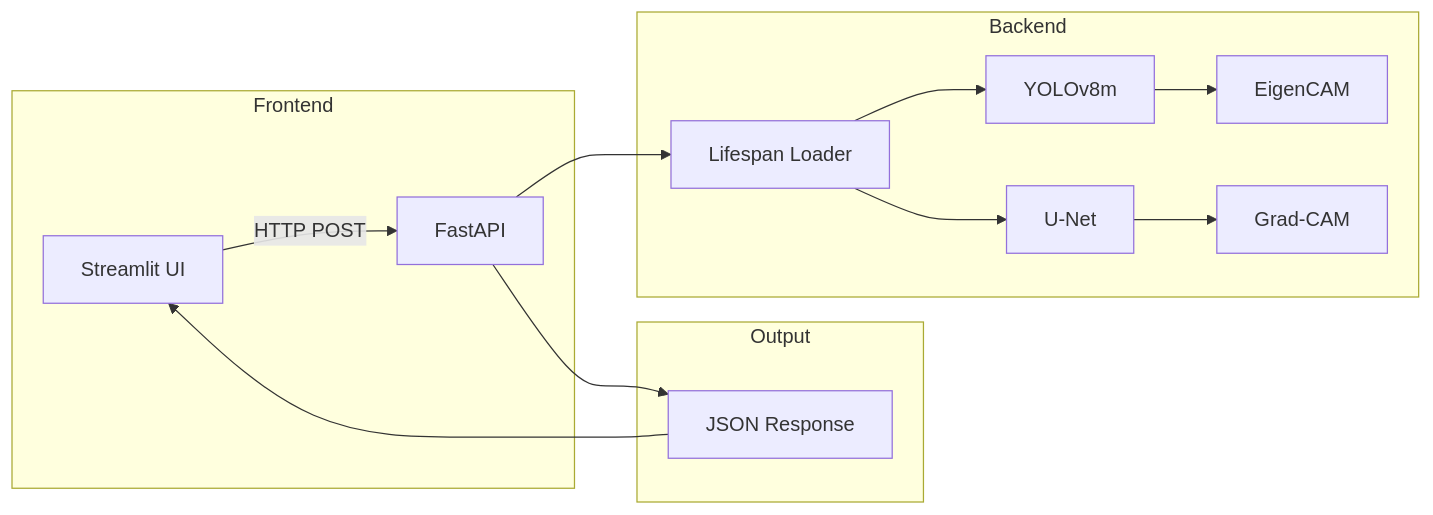
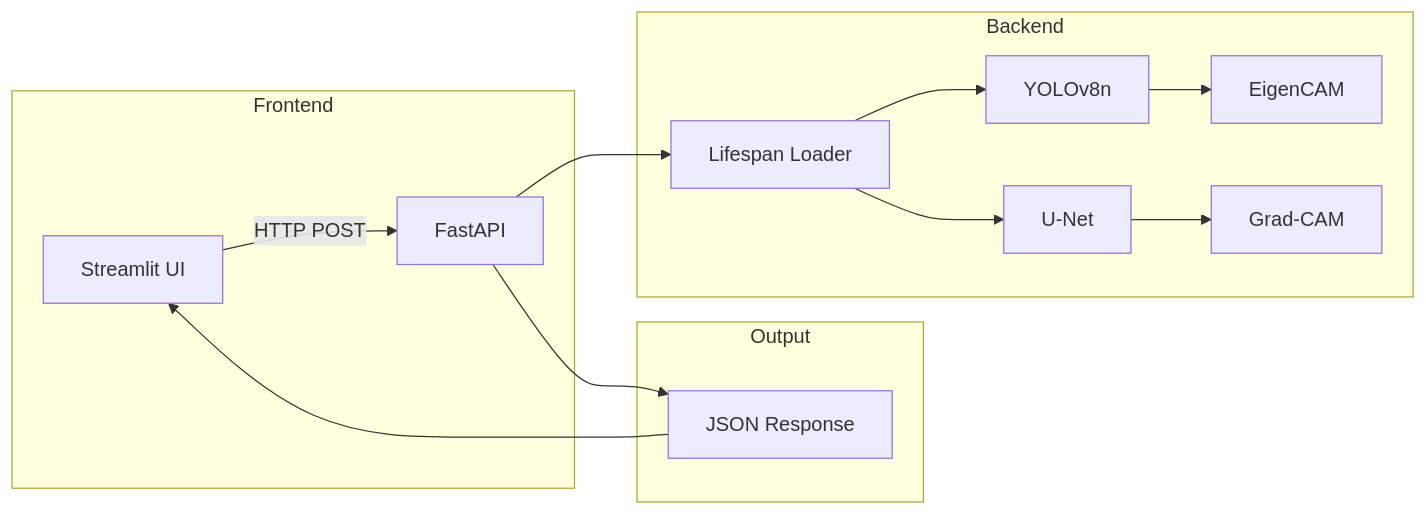
Before and after one commit to Samer-Gassouma/Pomegranate-Orchard-Monitor: the second of 2 diagrams in presentation/slides.md, drawn with Mermaid. The commit also changed other lines of this file and 307 other files, not shown here.

````diff
--- a/presentation/slides.md
+++ b/presentation/slides.md
@@ -277,17 +265,17 @@
 ```mermaid {scale: 0.7}
 graph LR
     subgraph Frontend
         A[Streamlit UI] -->|HTTP POST| B[FastAPI]
     end
     subgraph Backend
         B --> C[Lifespan Loader]
-        C --> D[YOLOv8m]
+        C --> D[YOLOv8n]
         C --> E[U-Net]
         D --> F[EigenCAM]
         E --> G[Grad-CAM]
     end
     subgraph Output
         B --> H[JSON Response]
         H --> A
     end
 ```
````
